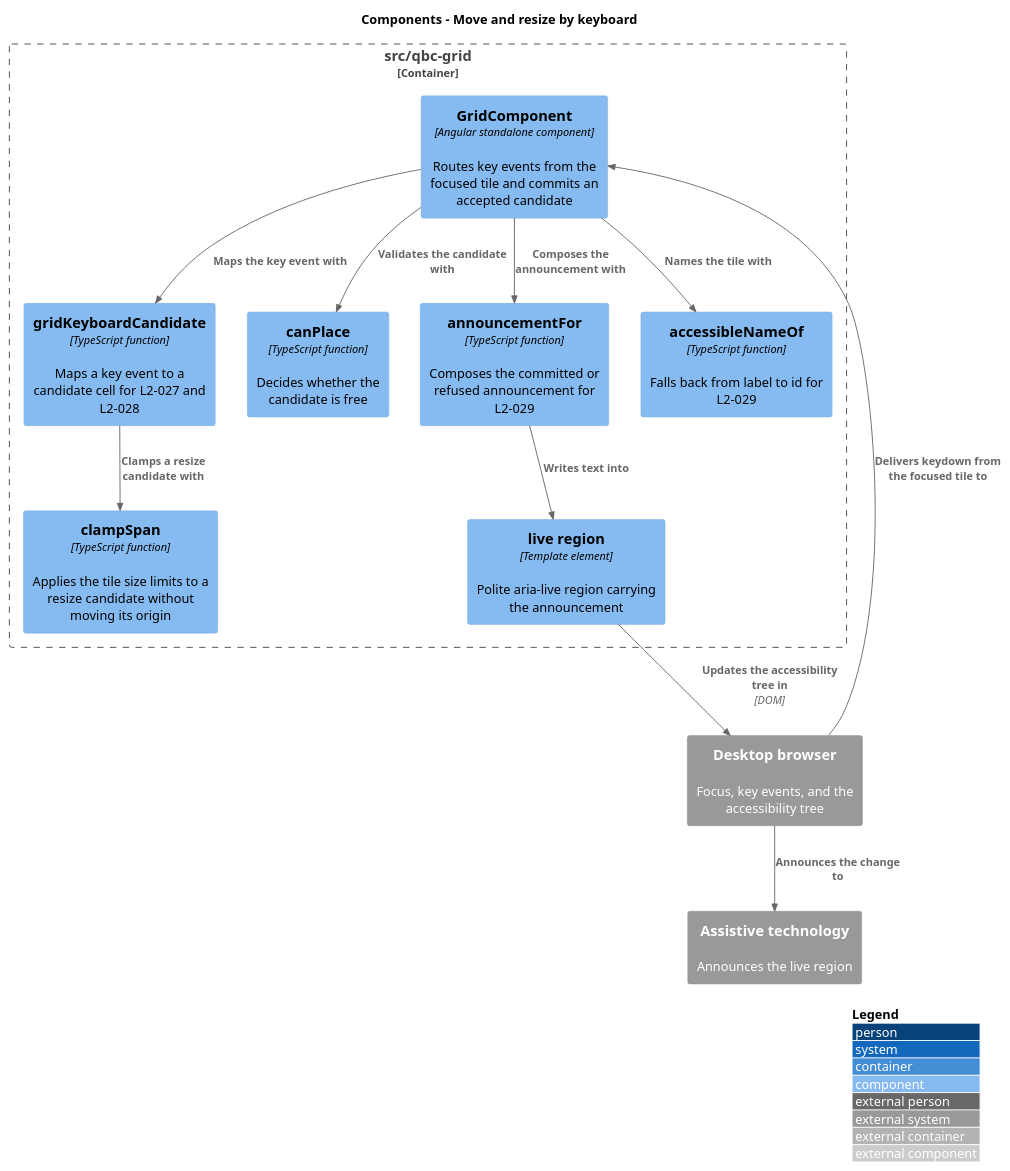
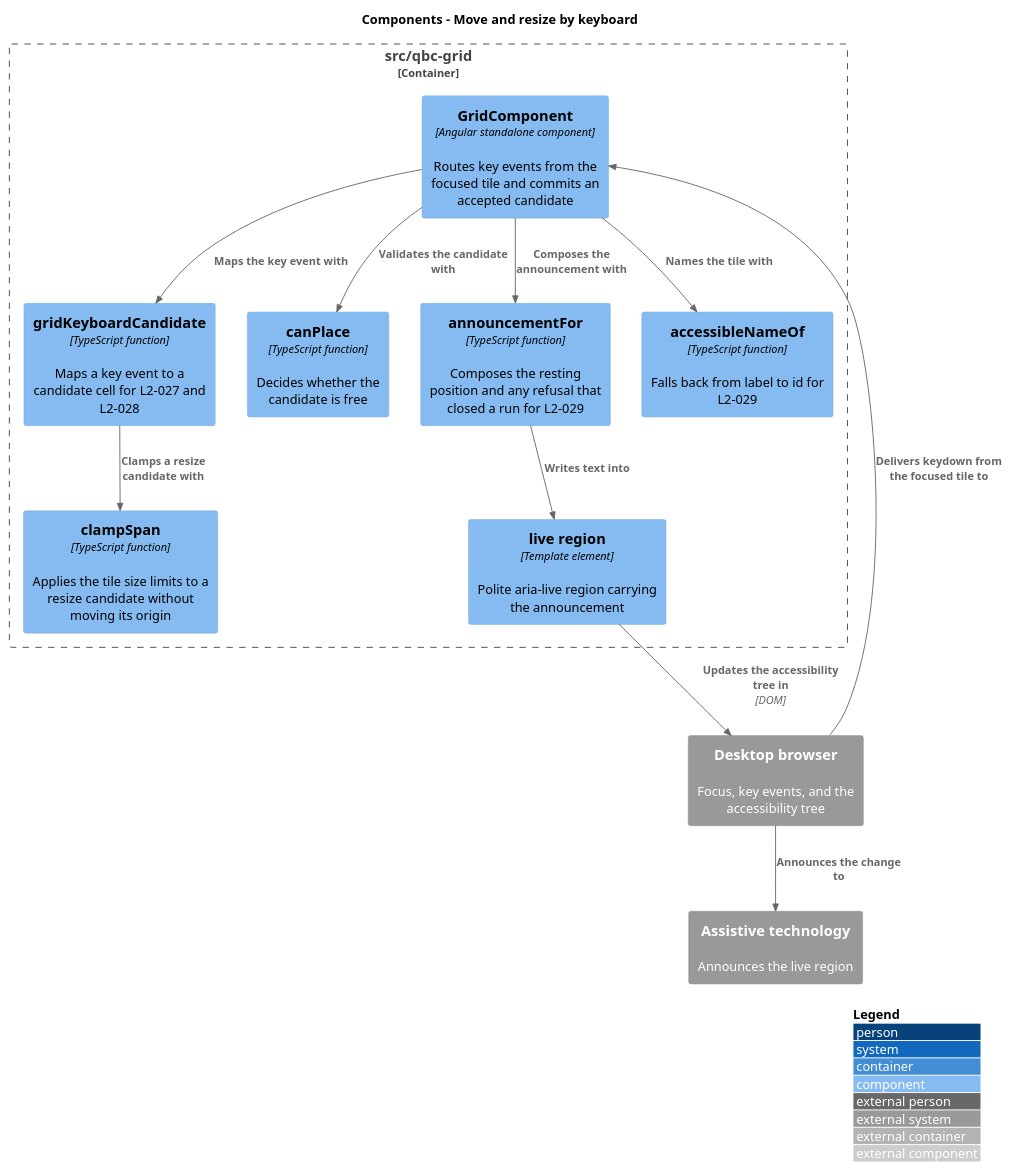
The diagram in docs/detailed-designs/tile-interaction/move-and-resize-by-keyboard/diagrams/c4-component.puml (QuinntyneBrown/qbc-grid), drawn with PlantUML before and after one commit. The commit also changed 13 other files, not shown here.

```diff
--- a/docs/detailed-designs/tile-interaction/move-and-resize-by-keyboard/diagrams/c4-component.puml
+++ b/docs/detailed-designs/tile-interaction/move-and-resize-by-keyboard/diagrams/c4-component.puml
@@ -1,28 +1,28 @@
 @startuml
 !include <C4/C4_Component>
 LAYOUT_WITH_LEGEND()
 title Components - Move and resize by keyboard
 
 Container_Boundary(components, "src/qbc-grid") {
   Component(grid, "GridComponent", "Angular standalone component", "Routes key events from the focused tile and commits an accepted candidate")
   Component(keys, "gridKeyboardCandidate", "TypeScript function", "Maps a key event to a candidate cell for L2-027 and L2-028")
   Component(clamp, "clampSpan", "TypeScript function", "Applies the tile size limits to a resize candidate without moving its origin")
   Component(canplace, "canPlace", "TypeScript function", "Decides whether the candidate is free")
-  Component(announce, "announcementFor", "TypeScript function", "Composes the committed or refused announcement for L2-029")
+  Component(announce, "announcementFor", "TypeScript function", "Composes the resting position and any refusal that closed a run for L2-029")
   Component(live, "live region", "Template element", "Polite aria-live region carrying the announcement")
   Component(name, "accessibleNameOf", "TypeScript function", "Falls back from label to id for L2-029")
 }
 
 System_Ext(browser, "Desktop browser", "Focus, key events, and the accessibility tree")
 System_Ext(at, "Assistive technology", "Announces the live region")
 
 Rel(browser, grid, "Delivers keydown from the focused tile to")
 Rel(grid, keys, "Maps the key event with")
 Rel(keys, clamp, "Clamps a resize candidate with")
 Rel(grid, canplace, "Validates the candidate with")
 Rel(grid, name, "Names the tile with")
 Rel(grid, announce, "Composes the announcement with")
 Rel(announce, live, "Writes text into")
 Rel(live, browser, "Updates the accessibility tree in", "DOM")
 Rel(browser, at, "Announces the change to")
 @enduml
```
